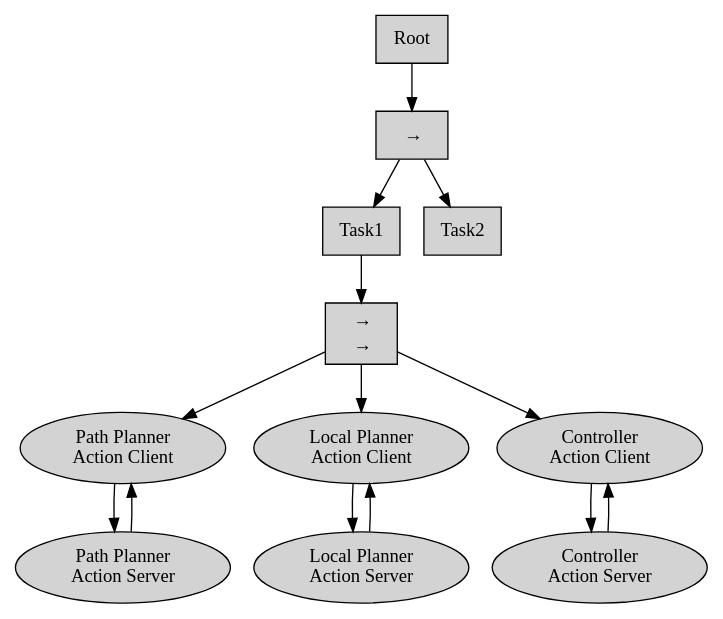
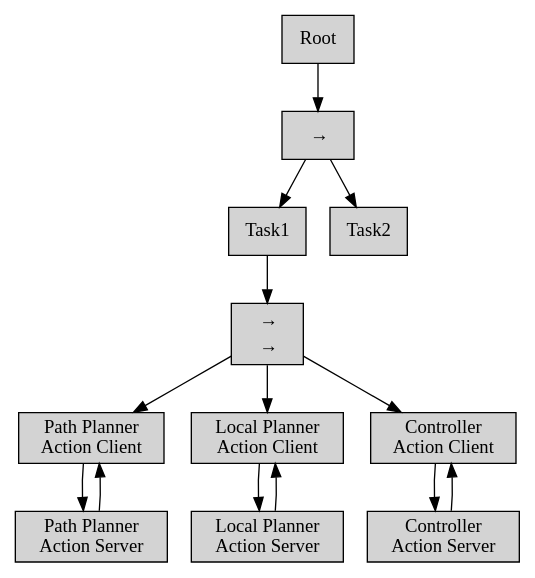
Before and after one commit to AlaaAlassi/graphviz: the diagram in mission_controller.dot, drawn with Graphviz. The commit also changed 1 other file, not shown here.

Commit message:
chnage it to box

```diff
--- a/mission_controller.dot
+++ b/mission_controller.dot
@@ -1,48 +1,48 @@
 digraph BehavioralTree {
     // Define the nodes (leafs and control nodes)
 
     // Circular leaf nodes
-    node [shape=ellipse, style=filled, fillcolor=lightgray];
+    node [shape=box, style=filled, fillcolor=lightgray];
 
     // Define the "sequenceShape" with a larger arrow label
     sequenceShape [label=<<TABLE BORDER="0" CELLBORDER="0" CELLSPACING="0">
       <TR><TD PORT="arrow">→</TD></TR>
     </TABLE>>, shape=box];
 
     // Define the "parallelShape" with two parallel arrows
     parallelShape [label=<<TABLE BORDER="0" CELLBORDER="0" CELLSPACING="0">
       <TR><TD PORT="arrow1">→</TD></TR>
       <TR><TD PORT="arrow2">→</TD></TR>
     </TABLE>>, shape=box];
 
     // Leaf nodes
     PP_Client [label="Path Planner\nAction Client"];
     LP_client [label="Local Planner\nAction Client"];
     Contr_client [label="Controller\nAction Client"]; // You can specify the actual action here
 
     // Control nodes
     Root [label="Root", shape=box];
     Task1 [label="Task1", shape=box];
     Task2 [label="Task2", shape=box];
 
     Root->sequenceShape
     sequenceShape->Task1;
     sequenceShape->Task2;
     // Add any other control nodes if necessary
 
 
     // Define the edges between nodes
     Task1 -> parallelShape -> PP_Client;
     parallelShape-> LP_client;
     parallelShape->Contr_client;
 
     // server nodes
     PP_server [label="Path Planner\nAction Server"];
     LP_server [label="Local Planner\nAction Server"];
     Contr_server [label="Controller\nAction Server"]; // You can specify the actual action here
 
     // Define the edges between nodes
     PP_Client -> PP_server;PP_server ->PP_Client;
     LP_client -> LP_server;LP_server ->LP_client;
     Contr_client -> Contr_server;Contr_server ->Contr_client;
 }
```
